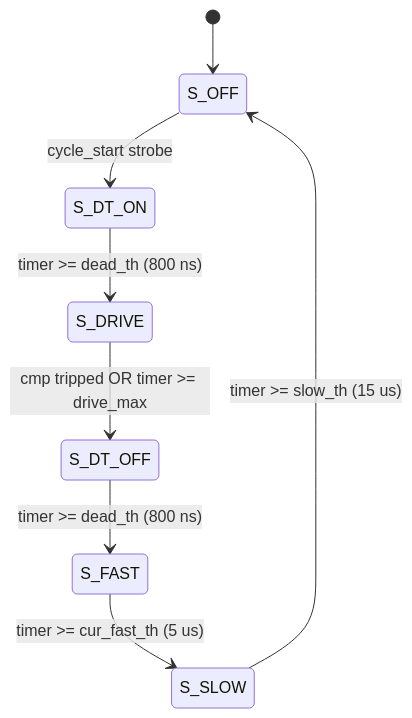
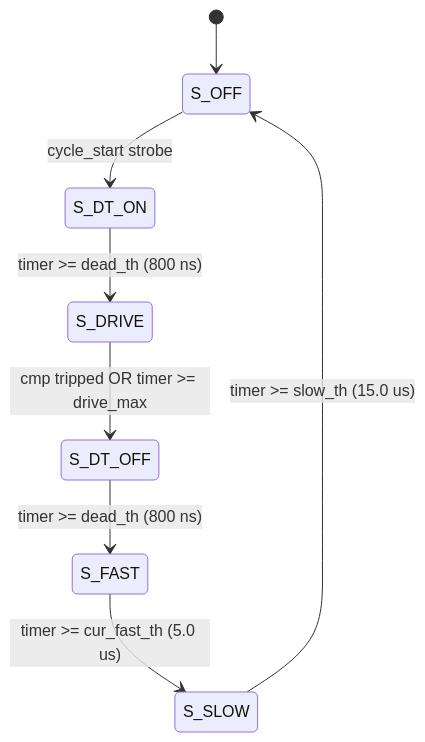
One commit to Tien550/AG32_step_driver changed the diagram in README.md. Above: the diagram before and after it, drawn with Mermaid. The commit also changed other lines of this file and 39 other files, not shown here.

First line of the commit message:
docs: enrich documentation with hardware schematics, lab testcases H1-H12, and industrial benchmarks from Step-AGM.xlsx

````diff
--- a/README.md
+++ b/README.md
@@ -124,10 +132,10 @@
 ```mermaid
 stateDiagram-v2
     [*] --> S_OFF
     S_OFF --> S_DT_ON : cycle_start strobe
     S_DT_ON --> S_DRIVE : timer >= dead_th (800 ns)
     S_DRIVE --> S_DT_OFF : cmp tripped OR timer >= drive_max
     S_DT_OFF --> S_FAST : timer >= dead_th (800 ns)
-    S_FAST --> S_SLOW : timer >= cur_fast_th (5 us)
-    S_SLOW --> S_OFF : timer >= slow_th (15 us)
+    S_FAST --> S_SLOW : timer >= cur_fast_th (5.0 us)
+    S_SLOW --> S_OFF : timer >= slow_th (15.0 us)
 ```
````
